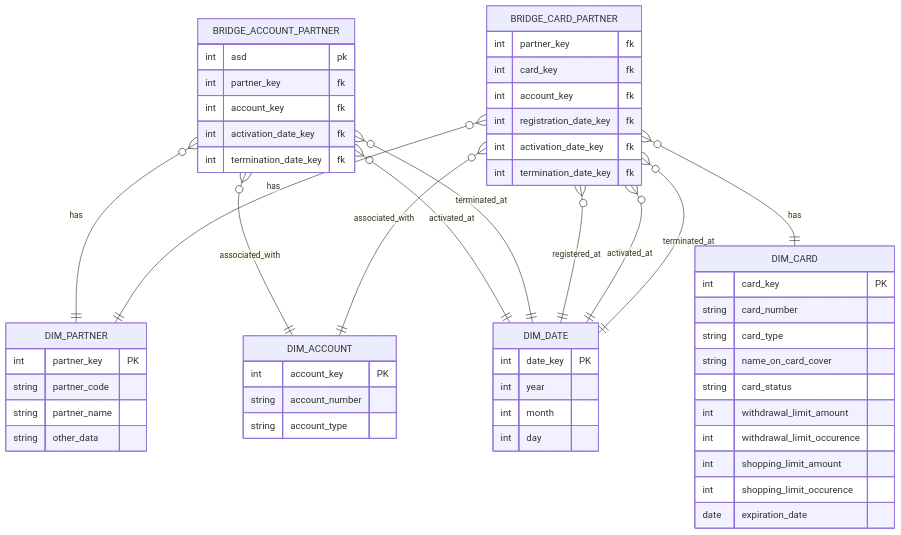
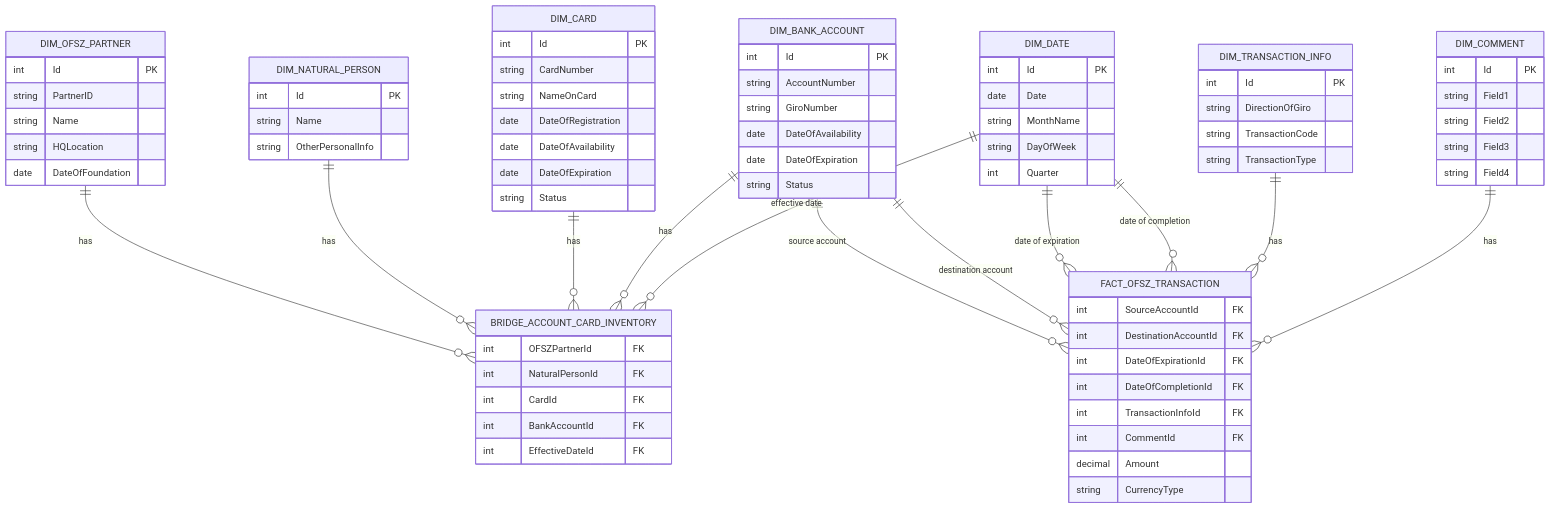
The first of 2 diagrams in discovery/modell.md (erosdfp/ofsz_ugyfeltorzs), drawn with Mermaid before and after one commit. The commit also changed other lines of this file and 1 other file, not shown here.

Commit message:
Add alternative data models

````diff
--- a/discovery/modell.md
+++ b/discovery/modell.md
@@ -10,62 +35,81 @@
 ```mermaid
 erDiagram
-    BRIDGE_ACCOUNT_PARTNER {
-int asd pk
-int partner_key fk
-int account_key fk
-int activation_date_key fk
-int termination_date_key fk
-}
+    DIM_OFSZ_PARTNER {
+        int Id PK
+        string PartnerID
+        string Name
+        string HQLocation
+        date DateOfFoundation
+    }
+    DIM_NATURAL_PERSON {
+        int Id PK
+        string Name
+        string OtherPersonalInfo
+    }
+    DIM_CARD {
+        int Id PK
+        string CardNumber
+        string NameOnCard
+        date DateOfRegistration
+        date DateOfAvailability
+        date DateOfExpiration
+        string Status
+    }
+    DIM_BANK_ACCOUNT {
+        int Id PK
+        string AccountNumber
+        string GiroNumber
+        date DateOfAvailability
+        date DateOfExpiration
+        string Status
+    }
+    DIM_DATE {
+        int Id PK
+        date Date
+        string MonthName
+        string DayOfWeek
+        int Quarter
+    }
+    DIM_TRANSACTION_INFO {
+        int Id PK
+        string DirectionOfGiro
+        string TransactionCode
+        string TransactionType
+    }
+    DIM_COMMENT {
+        int Id PK
+        string Field1
+        string Field2
+        string Field3
+        string Field4
+    }
+    BRIDGE_ACCOUNT_CARD_INVENTORY {
+        int OFSZPartnerId FK
+        int NaturalPersonId FK
+        int CardId FK
+        int BankAccountId FK
+        int EffectiveDateId FK
+    }
+    FACT_OFSZ_TRANSACTION {
+        int SourceAccountId FK
+        int DestinationAccountId FK
+        int DateOfExpirationId FK
+        int DateOfCompletionId FK
+        int TransactionInfoId FK
+        int CommentId FK
+        decimal Amount
+        string CurrencyType
+    }
 
-BRIDGE_CARD_PARTNER {
-int partner_key fk
-int card_key fk
-int account_key fk
-
-int registration_date_key fk
-int activation_date_key fk
-int termination_date_key fk
-}
-DIM_PARTNER {
-int partner_key PK
-string partner_code
-string partner_name
-string other_data
-}
-DIM_ACCOUNT {
-int account_key PK
-string account_number
-string account_type
- }
-DIM_CARD {
-int card_key PK
-string card_number
-string card_type
-string name_on_card_cover
-string card_status
-int withdrawal_limit_amount
-int withdrawal_limit_occurence
-int shopping_limit_amount
-int shopping_limit_occurence
-date expiration_date
-
- }
-DIM_DATE {
-int date_key PK
-int year
-int month
-int day
-}
-
-BRIDGE_ACCOUNT_PARTNER }o--|| DIM_PARTNER: has
-BRIDGE_ACCOUNT_PARTNER }o--|| DIM_ACCOUNT: associated_with
-BRIDGE_ACCOUNT_PARTNER }o--|| DIM_DATE: activated_at
-BRIDGE_ACCOUNT_PARTNER }o--|| DIM_DATE: terminated_at
-
-BRIDGE_CARD_PARTNER }o--|| DIM_CARD: has
-BRIDGE_CARD_PARTNER}o--|| DIM_PARTNER: has
-BRIDGE_CARD_PARTNER }o--|| DIM_ACCOUNT: associated_with
-BRIDGE_CARD_PARTNER }o--|| DIM_DATE: registered_at
-BRIDGE_CARD_PARTNER }o--|| DIM_DATE: activated_at
-BRIDGE_CARD_PARTNER }o--|| DIM_DATE: terminated_at
+    DIM_OFSZ_PARTNER ||--o{ BRIDGE_ACCOUNT_CARD_INVENTORY : has
+    DIM_NATURAL_PERSON ||--o{ BRIDGE_ACCOUNT_CARD_INVENTORY : has
+    DIM_CARD ||--o{ BRIDGE_ACCOUNT_CARD_INVENTORY : has
+    DIM_BANK_ACCOUNT ||--o{ BRIDGE_ACCOUNT_CARD_INVENTORY : has
+    DIM_DATE ||--o{ BRIDGE_ACCOUNT_CARD_INVENTORY : "effective date"
+    DIM_BANK_ACCOUNT ||--o{ FACT_OFSZ_TRANSACTION : "source account"
+    DIM_BANK_ACCOUNT ||--o{ FACT_OFSZ_TRANSACTION : "destination account"
+    DIM_DATE ||--o{ FACT_OFSZ_TRANSACTION : "date of expiration"
+    DIM_DATE ||--o{ FACT_OFSZ_TRANSACTION : "date of completion"
+    DIM_TRANSACTION_INFO ||--o{ FACT_OFSZ_TRANSACTION : has
+    DIM_COMMENT ||--o{ FACT_OFSZ_TRANSACTION : has
 ```
````
